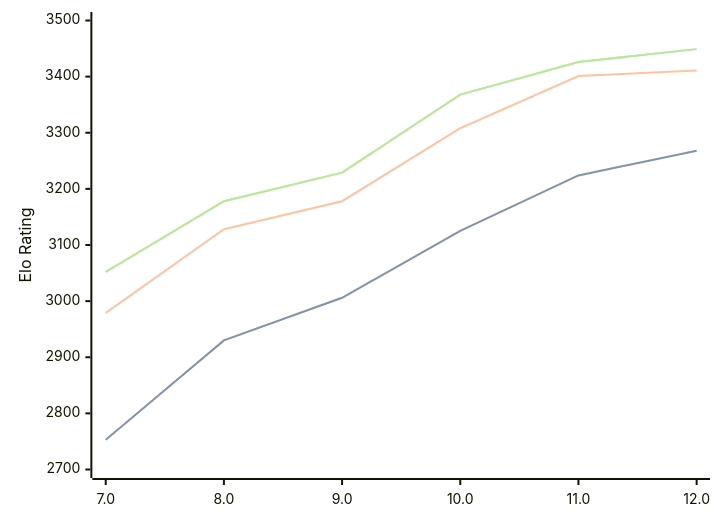
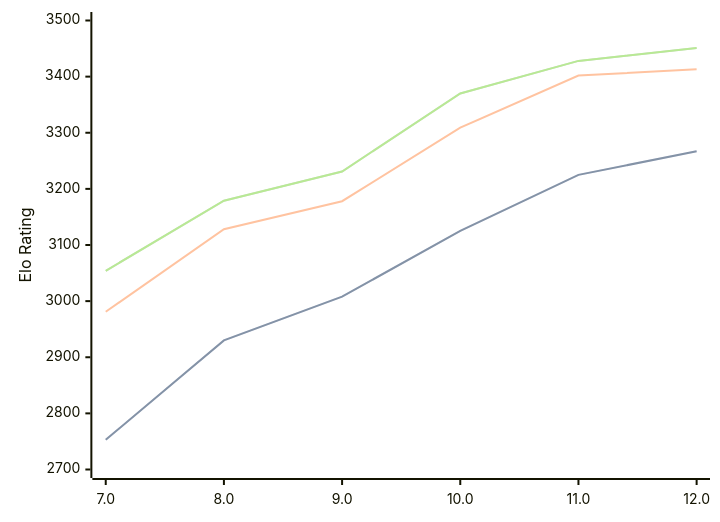
One commit to computer-chess-index/cci changed the first of 3 diagrams in engines/Tcheran.md. Above: the diagram before and after it, drawn with Mermaid. The commit also changed other lines of this file, not shown here.

Commit message:
Update CCI Ratings (ELO VLTC) - 2026-06-16

````diff
--- a/engines/Tcheran.md
+++ b/engines/Tcheran.md
@@ -50,11 +50,11 @@
 ```mermaid
 %%{init: {"theme":"base","themeVariables":{"seriesColors:['#a3a3a3','#222221','#faa371']}}}%%
 xychart-beta
   x-axis ["7.0", "8.0", "9.0", "10.0", "11.0", "12.0"]
   y-axis "Elo Rating" 2700 --> 3500
-  line "STC (8.0+0.08s)" [2753, 2930, 3006, 3125, 3224, 3268]
-  line "STC (8.0+0.08s)" [2753, 2930, 3006, 3125, 3224, 3268]
-  line "LTC (60.0+0.60s)" [2979, 3128, 3178, 3308, 3401, 3411]
-  line "VLTC (2m24s+1.12s)" [3052, 3178, 3229, 3368, 3426, 3449]
-  line "VLTC (2m24s+1.12s)" [3052, 3178, 3229, 3368, 3426, 3449]
+  line "STC (8.0+0.08s)" [2753, 2930, 3008, 3125, 3225, 3267]
+  line "STC (8.0+0.08s)" [2753, 2930, 3008, 3125, 3225, 3267]
+  line "LTC (60.0+0.60s)" [2981, 3128, 3178, 3309, 3402, 3413]
+  line "VLTC (2m24s+1.12s)" [3054, 3179, 3231, 3370, 3428, 3451]
+  line "VLTC (2m24s+1.12s)" [3054, 3179, 3231, 3370, 3428, 3451]
 ```
````
